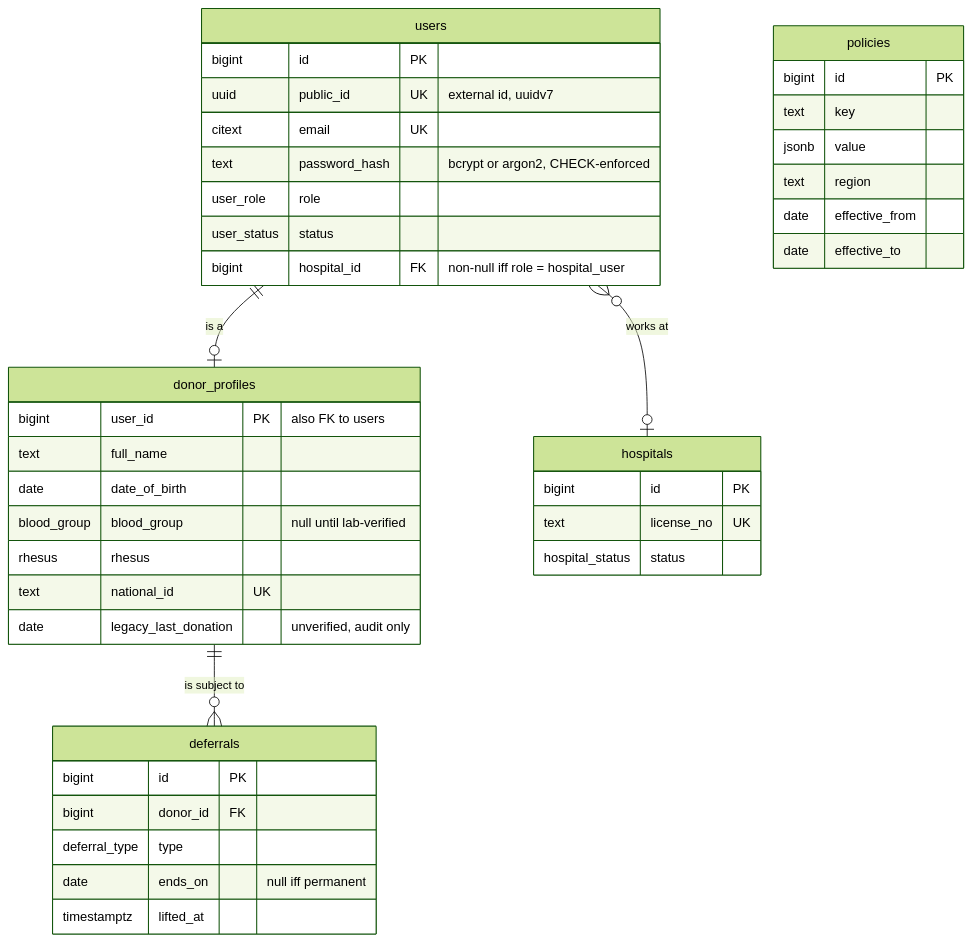
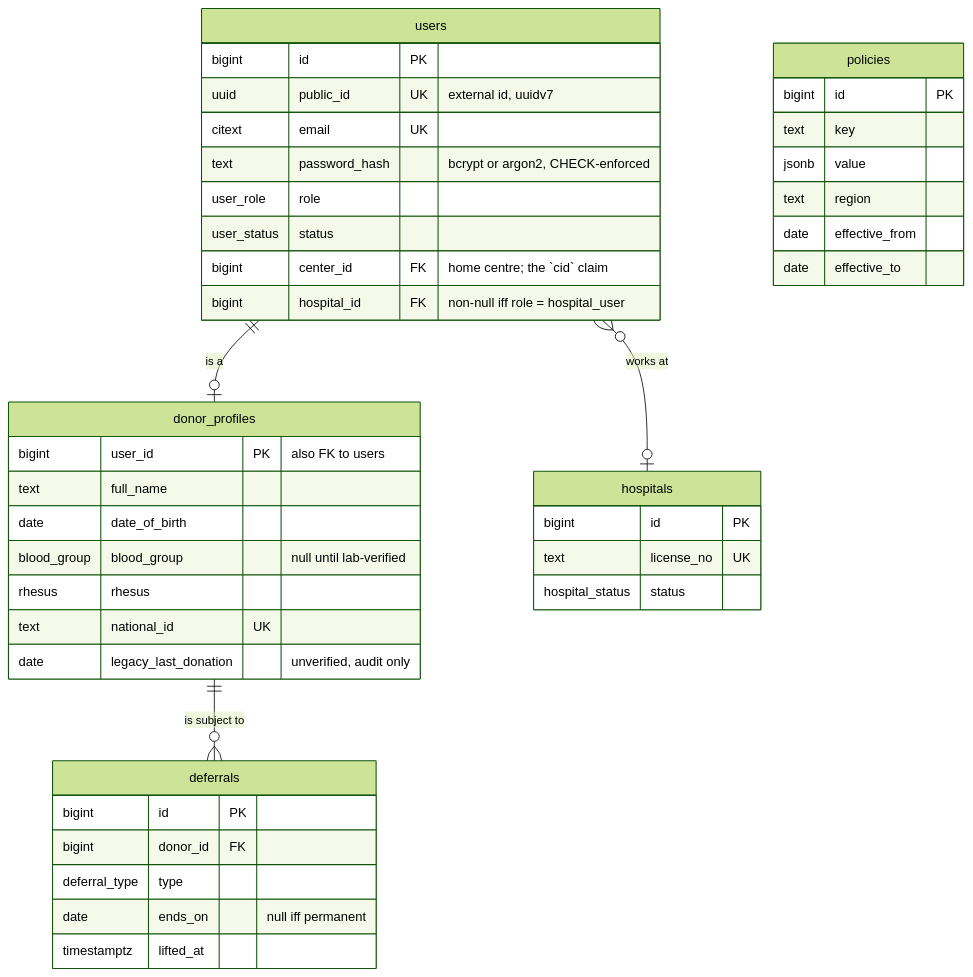
The second of 4 diagrams in docs/DATABASE_SCHEMA.md (Gambi18/BBank), drawn with Mermaid (forest theme) before and after one commit. The commit also changed other lines of this file and 15 other files, not shown here.

````diff
--- a/docs/DATABASE_SCHEMA.md
+++ b/docs/DATABASE_SCHEMA.md
@@ -205,44 +205,45 @@
 ```mermaid
 erDiagram
     users {
         bigint      id            PK
         uuid        public_id     UK "external id, uuidv7"
         citext      email         UK
         text        password_hash "bcrypt or argon2, CHECK-enforced"
         user_role   role
         user_status status
+        bigint      center_id     FK "home centre; the `cid` claim"
         bigint      hospital_id   FK "non-null iff role = hospital_user"
     }
     donor_profiles {
         bigint      user_id     PK "also FK to users"
         text        full_name
         date        date_of_birth
         blood_group blood_group "null until lab-verified"
         rhesus      rhesus
         text        national_id UK
         date        legacy_last_donation "unverified, audit only"
     }
     hospitals {
         bigint          id         PK
         text            license_no UK
         hospital_status status
     }
     deferrals {
         bigint        id       PK
         bigint        donor_id FK
         deferral_type type
         date          ends_on  "null iff permanent"
         timestamptz   lifted_at
     }
     policies {
         bigint id             PK
         text   key
         jsonb  value
         text   region
         date   effective_from
         date   effective_to
     }
     users          ||--o| donor_profiles : "is a"
     users          }o--o| hospitals      : "works at"
     donor_profiles ||--o{ deferrals      : "is subject to"
 ```
````
